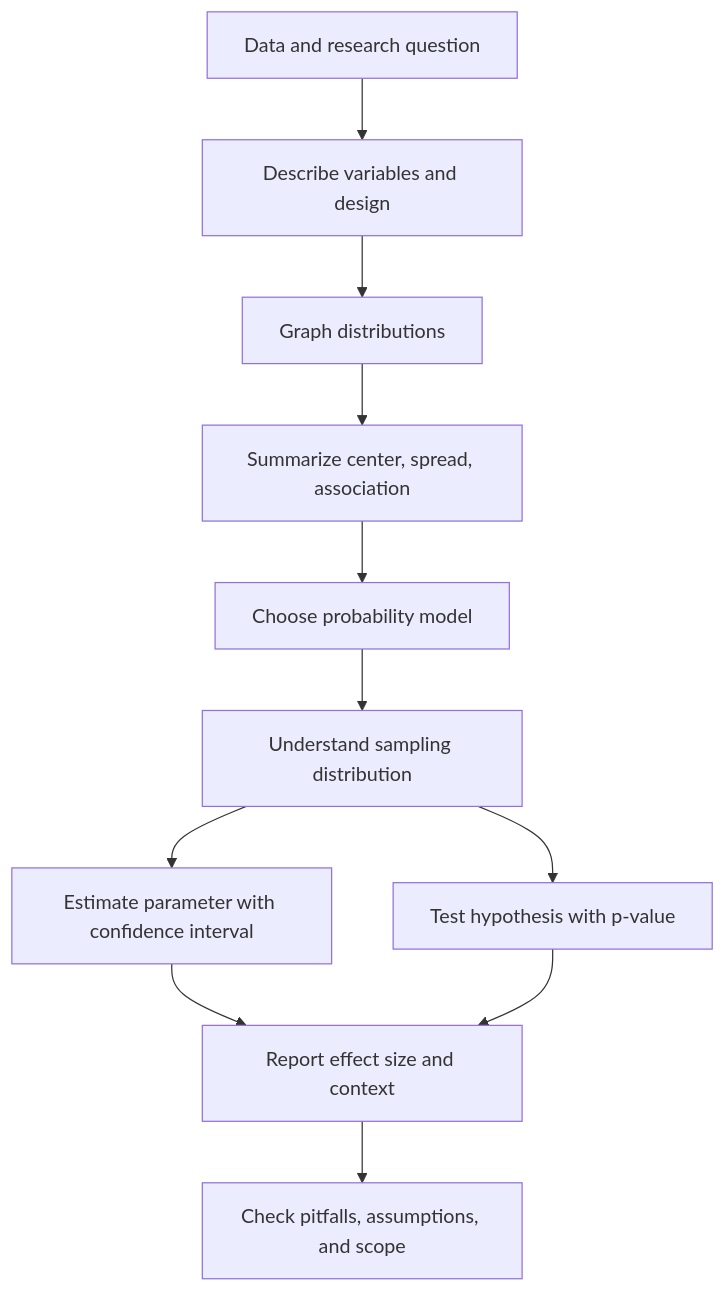
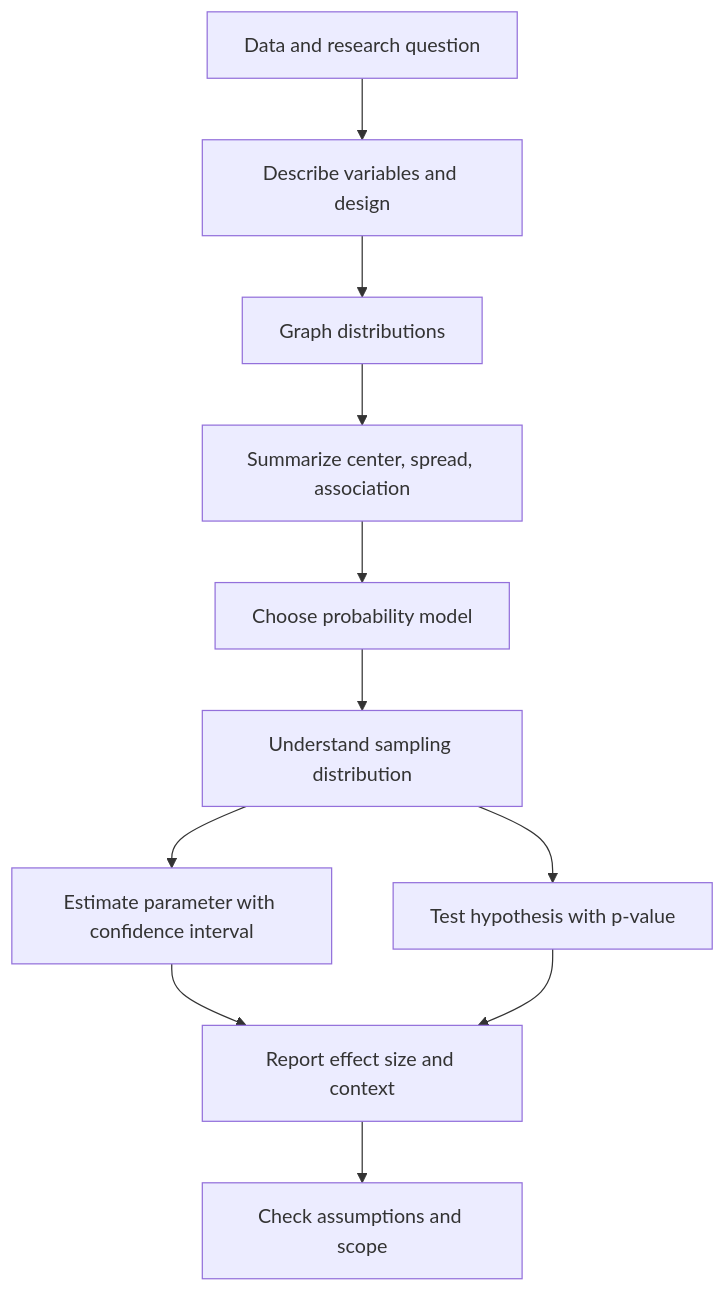
One commit to justinbrianhwang/SJ-wiki changed the diagram in docs/math/statistics/intro.md. Above: the diagram before and after it, drawn with Mermaid. The commit also changed other lines of this file and 955 other files, not shown here.

````diff
--- a/docs/math/statistics/intro.md
+++ b/docs/math/statistics/intro.md
@@ -78,13 +60,13 @@
 ```mermaid
 flowchart TD
-  A[Data and research question] --> B[Describe variables and design]
-  B --> C[Graph distributions]
+  A["Data and research question"] --> B["Describe variables and design"]
+  B --> C["Graph distributions"]
   C --> D["Summarize center, spread, association"]
-  D --> E[Choose probability model]
-  E --> F[Understand sampling distribution]
-  F --> G[Estimate parameter with confidence interval]
-  F --> H[Test hypothesis with p-value]
-  G --> I[Report effect size and context]
+  D --> E["Choose probability model"]
+  E --> F["Understand sampling distribution"]
+  F --> G["Estimate parameter with confidence interval"]
+  F --> H["Test hypothesis with p-value"]
+  G --> I["Report effect size and context"]
   H --> I
-  I --> J["Check pitfalls, assumptions, and scope"]
+  I --> J["Check assumptions and scope"]
 ```
````
